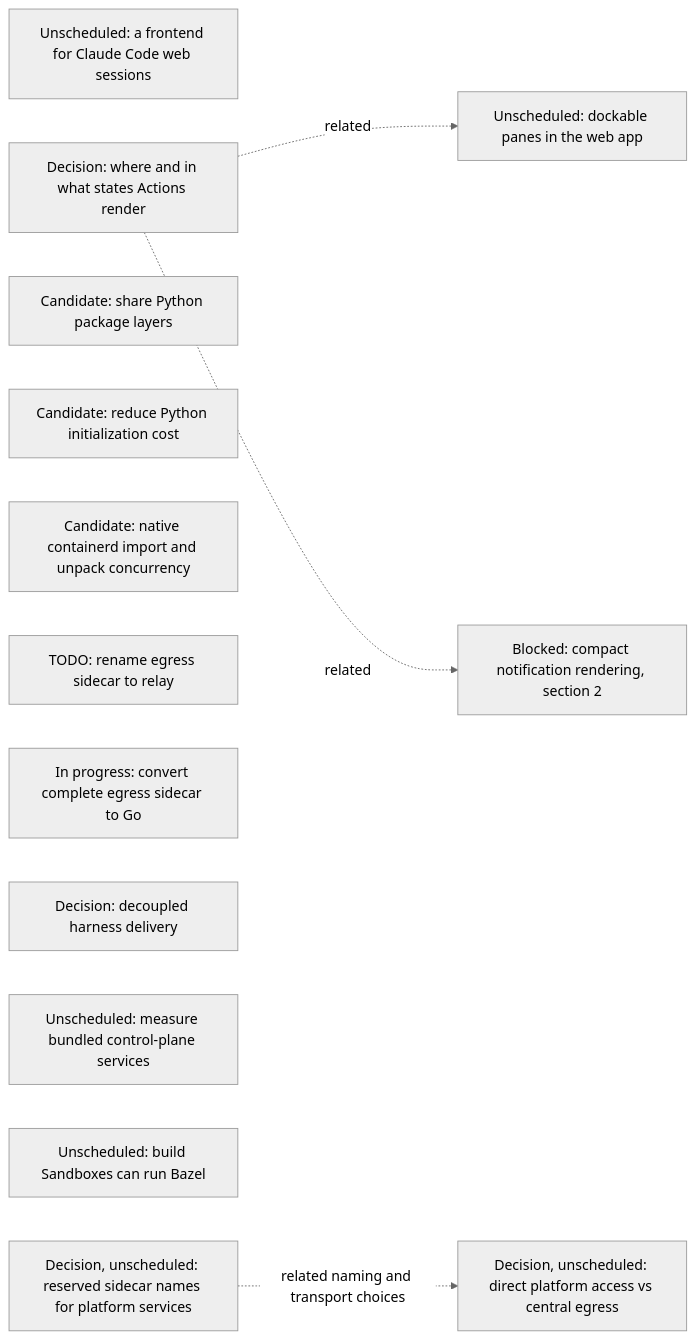
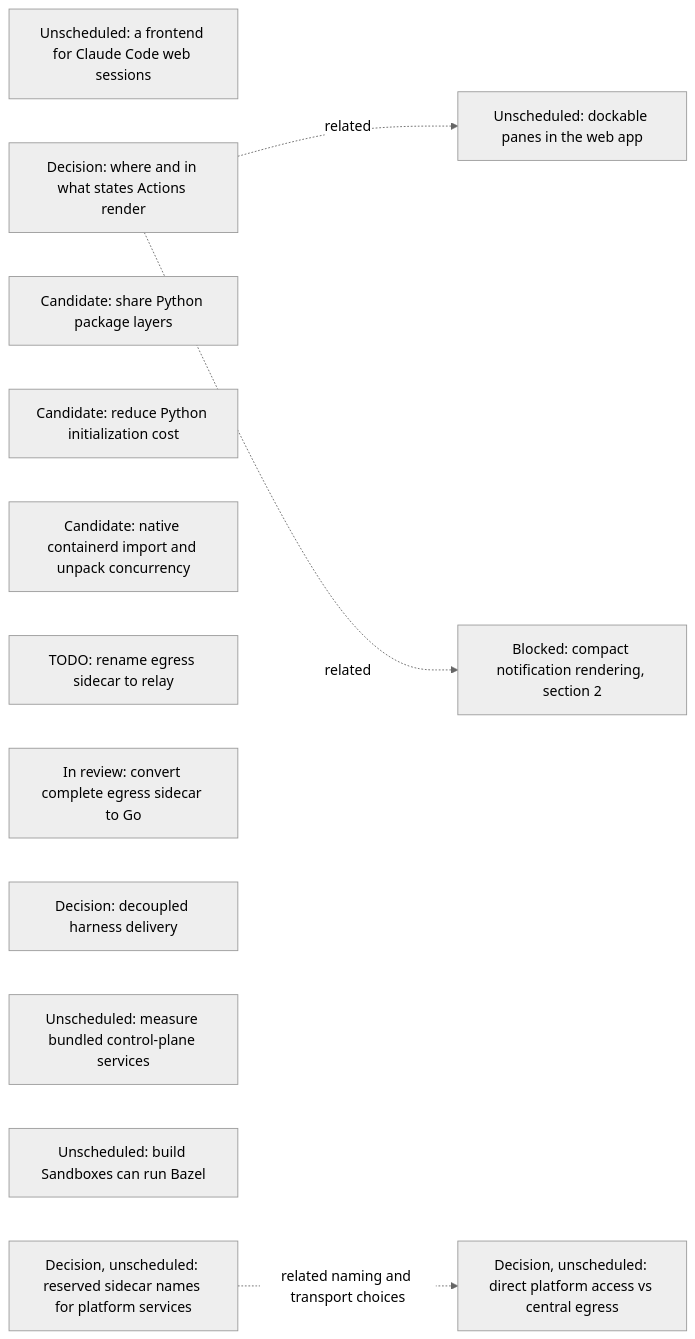
Before and after one commit to agentydragon/ducktape: the seventh of 16 diagrams in agentplane/plans/task_dag.md, drawn with Mermaid (neutral theme). The commit also changed other lines of this file, not shown here.

Commit message:
docs(agentplane): track egress sidecar review

````diff
--- a/agentplane/plans/task_dag.md
+++ b/agentplane/plans/task_dag.md
@@ -794,20 +794,20 @@
 ```mermaid
 flowchart LR
     CLAUDE_CODE_WEB_BRIDGE[Unscheduled: a frontend for Claude Code web sessions]
     ACTION_SURFACES_DESIGN[Decision: where and in what states Actions render]
     K3S_SHARED_PACKAGE_LAYERS[Candidate: share Python package layers]
     K3S_PYTHON_INITIALIZATION[Candidate: reduce Python initialization cost]
     K3S_IMPORT_CONCURRENCY[Candidate: native containerd import and unpack concurrency]
     EGRESS_RELAY_RENAME[TODO: rename egress sidecar to relay]
-    EGRESS_SIDECAR_GO[In progress: convert complete egress sidecar to Go]
+    EGRESS_SIDECAR_GO[In review: convert complete egress sidecar to Go]
     RUNNER_HARNESS_DELIVERY_DESIGN[Decision: decoupled harness delivery]
     K3S_BUNDLED_SERVICES_SPIKE[Unscheduled: measure bundled control-plane services]
     DOCKABLE_PANES[Unscheduled: dockable panes in the web app]
     ACTION_SURFACES_DESIGN -. related .-> DOCKABLE_PANES
     NOTIFICATION_PRESENTATION[Blocked: compact notification rendering, section 2]
     ACTION_SURFACES_DESIGN -. related .-> NOTIFICATION_PRESENTATION
     BUILD_BOX_BAZEL[Unscheduled: build Sandboxes can run Bazel]
     PLATFORM_SERVICE_NAMES_DESIGN[Decision, unscheduled: reserved sidecar names for platform services]
     PLATFORM_SERVICE_ROUTING_DESIGN[Decision, unscheduled: direct platform access vs central egress]
     PLATFORM_SERVICE_NAMES_DESIGN -. related naming and transport choices .-> PLATFORM_SERVICE_ROUTING_DESIGN
 ```
````
